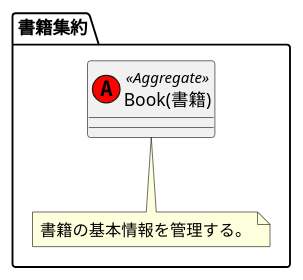
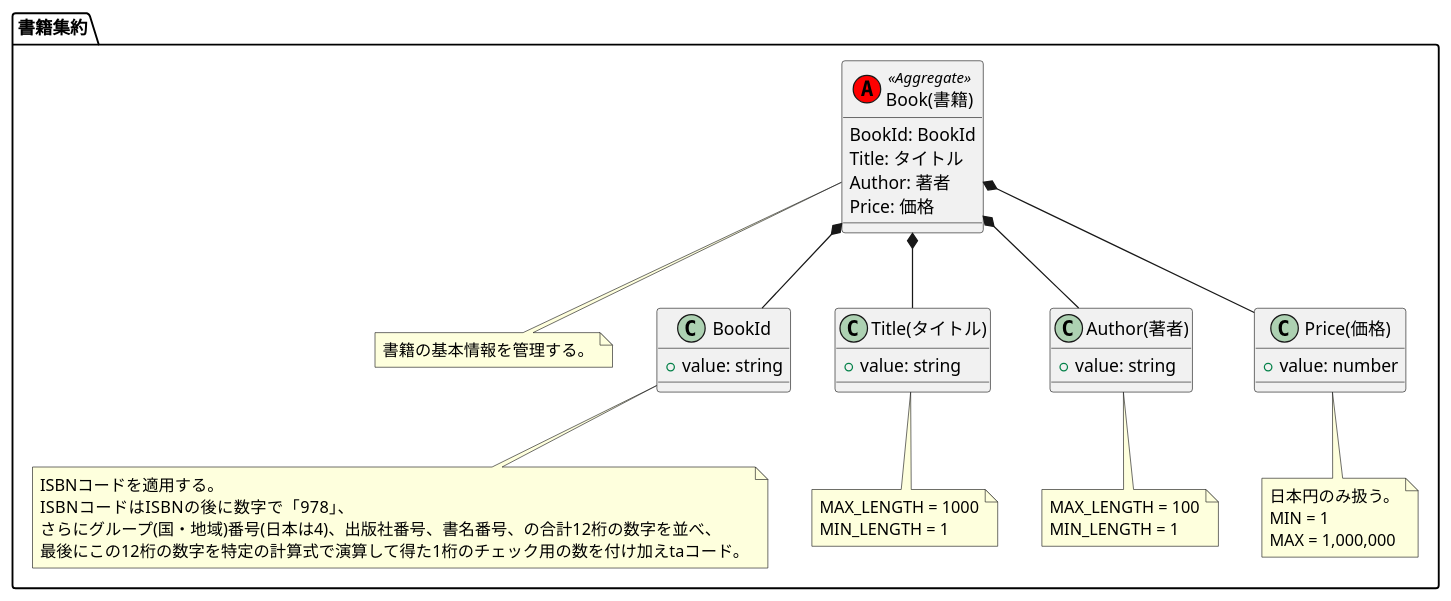
One commit to y-takagiiii/ddd-bookstore-catalog changed the diagram in CatalogService/Domain/models/Book/Book.pu. Above: the diagram before and after it, drawn with PlantUML.

Commit message:
書籍集約に属性を追加 - 書籍ID - タイトル - 著者 - 価格

```diff
--- a/CatalogService/Domain/models/Book/Book.pu
+++ b/CatalogService/Domain/models/Book/Book.pu
@@ -1,9 +1,58 @@
 package "書籍集約" {
   '1. 集約とポリシーの表現
-  class "Book(書籍)" as Book << (A, red) Aggregate >> {}
-
-  '2 ビジネスルールの具体化
+  class "Book(書籍)" as Book << (A, red) Aggregate >> {
+    BookId: BookId
+    Title: タイトル
+    Author: 著者
+    Price: 価格
+  }
+  '2. ビジネスルールの具体化
   note bottom of Book
     書籍の基本情報を管理する。
   end note
+
+  '3. 必要なインプットの特定
+  class "BookId" as BookId {
+    + value: string
+  }
+
+  class "Title(タイトル)" as Title {
+    + value: string
+  }
+  
+  class "Author(著者)" as Author {
+    + value: string
+  }
+
+  class "Price(価格)" as Price {
+    + value: number
+  }
+
+  note bottom of BookId
+    ISBNコードを適用する。
+    ISBNコードはISBNの後に数字で「978」、
+    さらにグループ(国・地域)番号(日本は4)、出版社番号、書名番号、の合計12桁の数字を並べ、
+    最後にこの12桁の数字を特定の計算式で演算して得た1桁のチェック用の数を付け加えtaコード。
+  end note
+
+  note bottom of Title
+    MAX_LENGTH = 1000
+    MIN_LENGTH = 1
+  end note
+
+  note bottom of Author
+    MAX_LENGTH = 100
+    MIN_LENGTH = 1
+  end note
+
+  note bottom of Price
+    日本円のみ扱う。
+    MIN = 1
+    MAX = 1,000,000
+  end note
+
+  Book *-- BookId
+  Book *-- Title
+  Book *-- Author
+  Book *-- Price
 }
```
